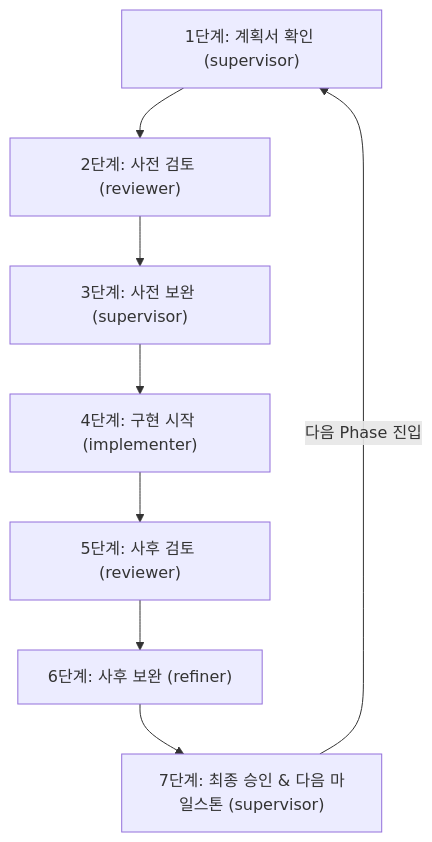
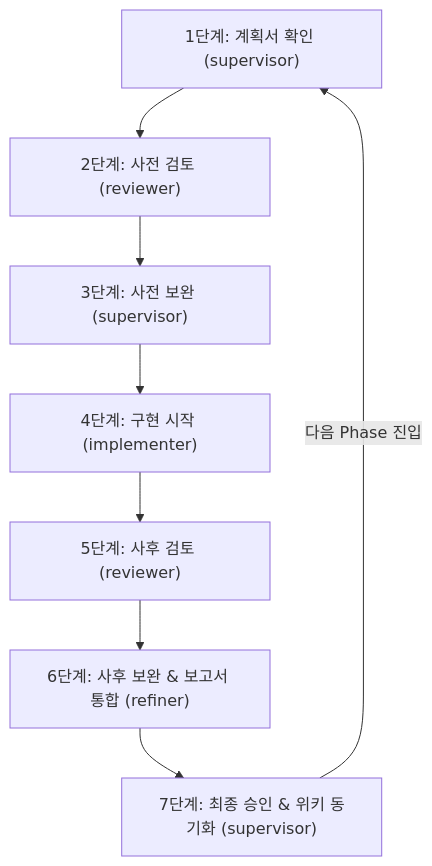
The diagram in docs/멀티-에이전트-마일스톤-개발-업무지침서.md (Hashil3503/Talklite), drawn with Mermaid before and after one commit. The commit also changed other lines of this file and 35 other files, not shown here.

````diff
--- a/docs/멀티-에이전트-마일스톤-개발-업무지침서.md
+++ b/docs/멀티-에이전트-마일스톤-개발-업무지침서.md
@@ -25,10 +58,10 @@
 ```mermaid
 graph TD
     S1["1단계: 계획서 확인 (supervisor)"] --> S2["2단계: 사전 검토 (reviewer)"]
     S2 --> S3["3단계: 사전 보완 (supervisor)"]
     S3 --> S4["4단계: 구현 시작 (implementer)"]
     S4 --> S5["5단계: 사후 검토 (reviewer)"]
-    S5 --> S6["6단계: 사후 보완 (refiner)"]
-    S6 --> S7["7단계: 최종 승인 & 다음 마일스톤 (supervisor)"]
+    S5 --> S6["6단계: 사후 보완 & 보고서 통합 (refiner)"]
+    S6 --> S7["7단계: 최종 승인 & 위키 동기화 (supervisor)"]
     S7 -->|다음 Phase 진입| S1
 ```
````
